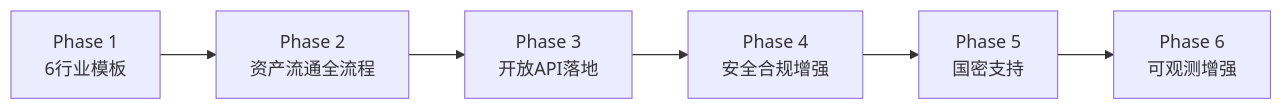
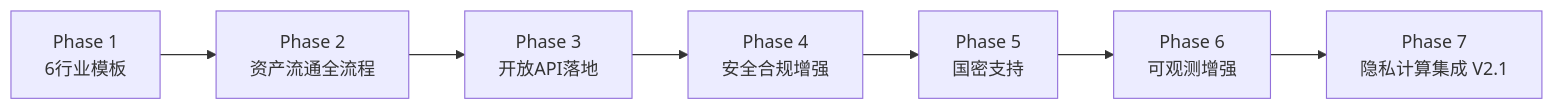
One commit to Levango7/DataEngineBDP changed diagram 26 of 26 in design/v2.0/详细设计/V2.0_行业模板与其他增强详细设计.md. Above: the diagram before and after it, drawn with Mermaid. The commit also changed other lines of this file and 6 other files, not shown here.

````diff
--- a/design/v2.0/详细设计/V2.0_行业模板与其他增强详细设计.md
+++ b/design/v2.0/详细设计/V2.0_行业模板与其他增强详细设计.md
@@ -3298,8 +3423,9 @@
 ```mermaid
 graph LR
     A[Phase 1<br/>6行业模板] --> B[Phase 2<br/>资产流通全流程]
     B --> C[Phase 3<br/>开放API落地]
     C --> D[Phase 4<br/>安全合规增强]
     D --> E[Phase 5<br/>国密支持]
     E --> F[Phase 6<br/>可观测增强]
+    F --> G[Phase 7<br/>隐私计算集成 V2.1]
 ```
````
